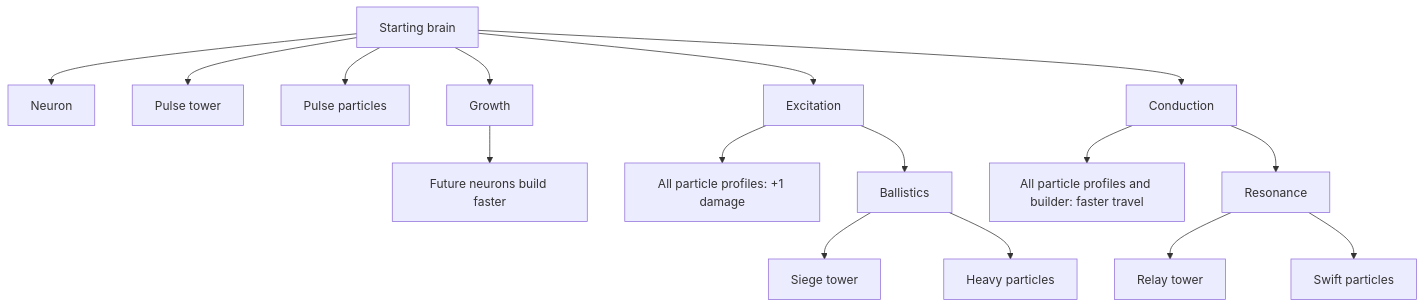
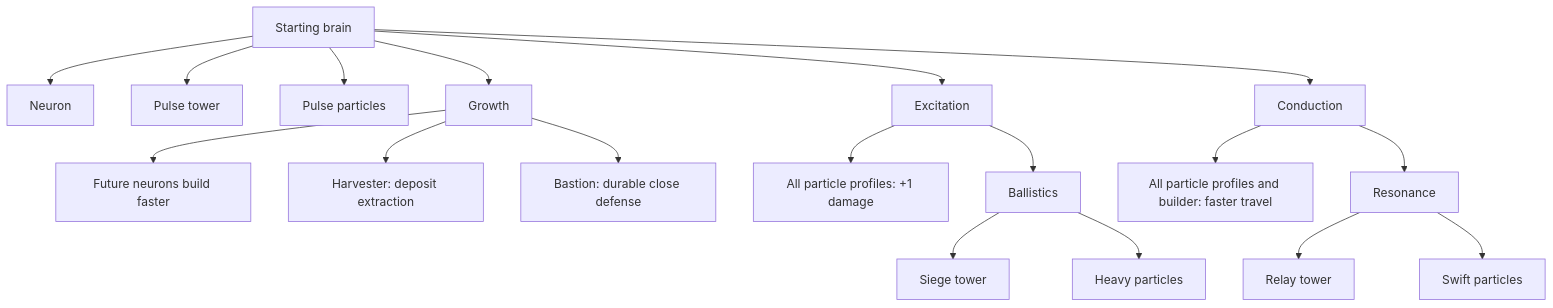
Before and after one commit to andeplane/fuse-riders: the diagram in docs/neural-defence/TECH_TREE.md, drawn with Mermaid. The commit also changed other lines of this file and 22 other files, not shown here.

````diff
--- a/docs/neural-defence/TECH_TREE.md
+++ b/docs/neural-defence/TECH_TREE.md
@@ -11,19 +11,21 @@
 ```mermaid
 flowchart TD
     Start[Starting brain]
     Start --> Neuron[Neuron]
     Start --> Tower[Pulse tower]
     Start --> Pulse[Pulse particles]
     Start --> Growth[Growth]
     Start --> Excitation[Excitation]
     Start --> Conduction[Conduction]
     Growth --> Fast[Future neurons build faster]
+    Growth --> Harvester[Harvester: deposit extraction]
+    Growth --> Bastion[Bastion: durable close defense]
     Excitation --> Damage[All particle profiles: +1 damage]
     Excitation --> Ballistics[Ballistics]
     Ballistics --> Siege[Siege tower]
     Ballistics --> Heavy[Heavy particles]
     Conduction --> Speed[All particle profiles and builder: faster travel]
     Conduction --> Resonance[Resonance]
     Resonance --> Relay[Relay tower]
     Resonance --> Swift[Swift particles]
 ```
````
